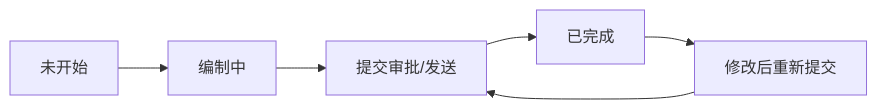
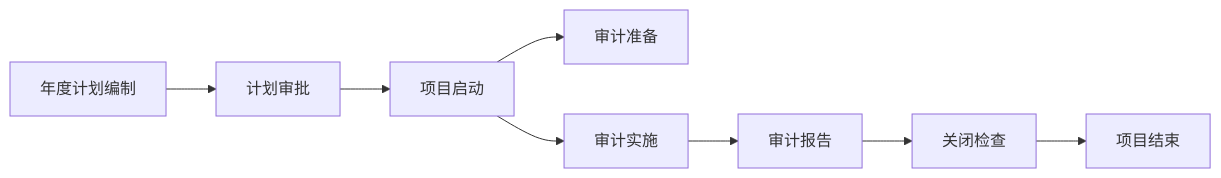
One commit to loengchiu/ShitPM2 changed the first of 7 diagrams in test-fixture/output/prd/prd.md. Above: the diagram before and after it, drawn with Mermaid. The commit also changed other lines of this file and 19 other files, not shown here.

````diff
--- a/test-fixture/output/prd/prd.md
+++ b/test-fixture/output/prd/prd.md
@@ -447,8 +67,10 @@
 ```mermaid
 flowchart LR
-    A[未开始] --> B[编制中]
-    B --> C[提交审批/发送]
-    C --> D[已完成]
-    D --> E[修改后重新提交]
-    E --> C
+    A[年度计划编制] --> B[计划审批]
+    B --> C[项目启动]
+    C --> D[审计准备]
+    C --> E[审计实施]
+    E --> F[审计报告]
+    F --> G[关闭检查]
+    G --> H[项目结束]
 ```
````
